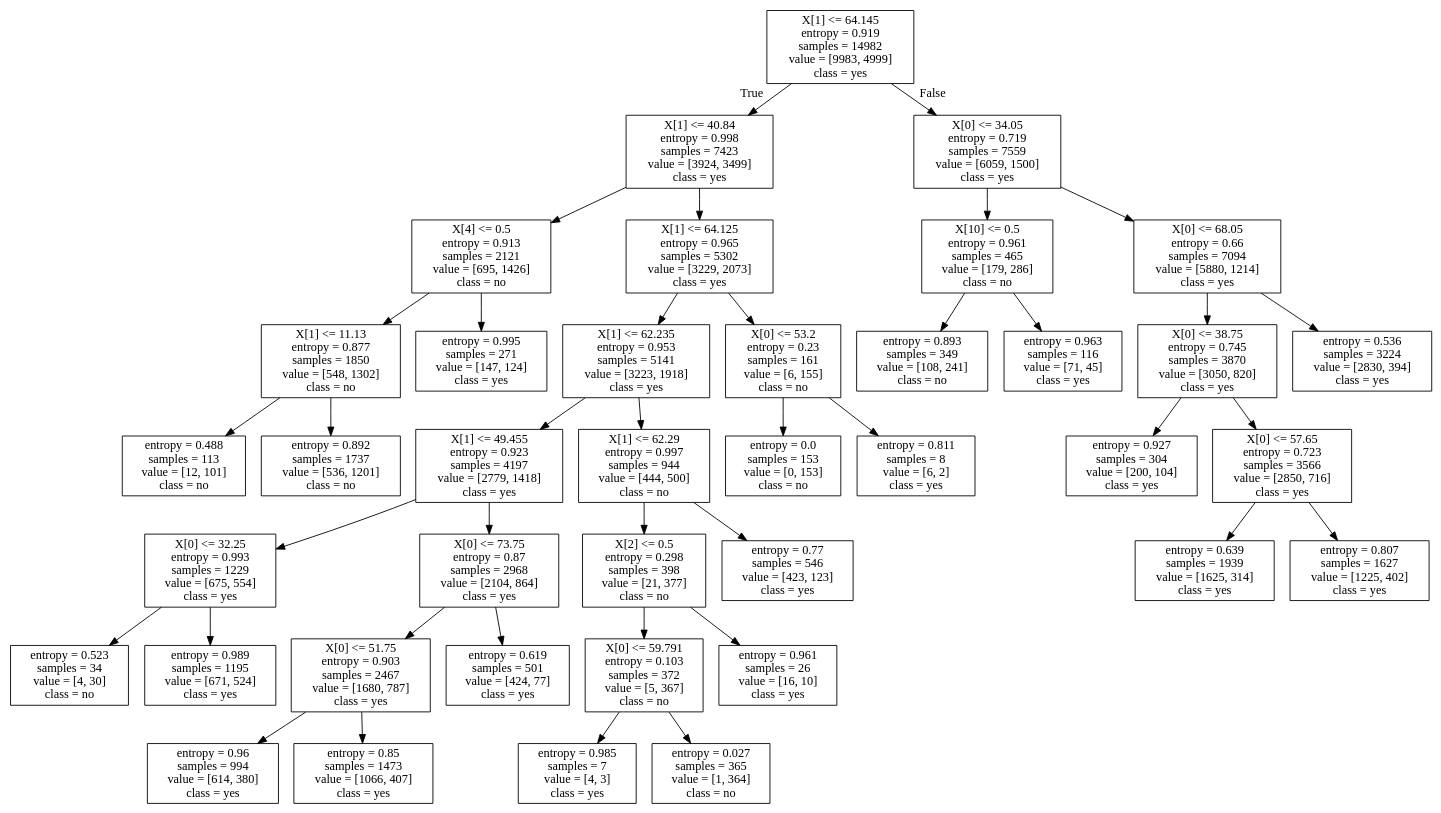
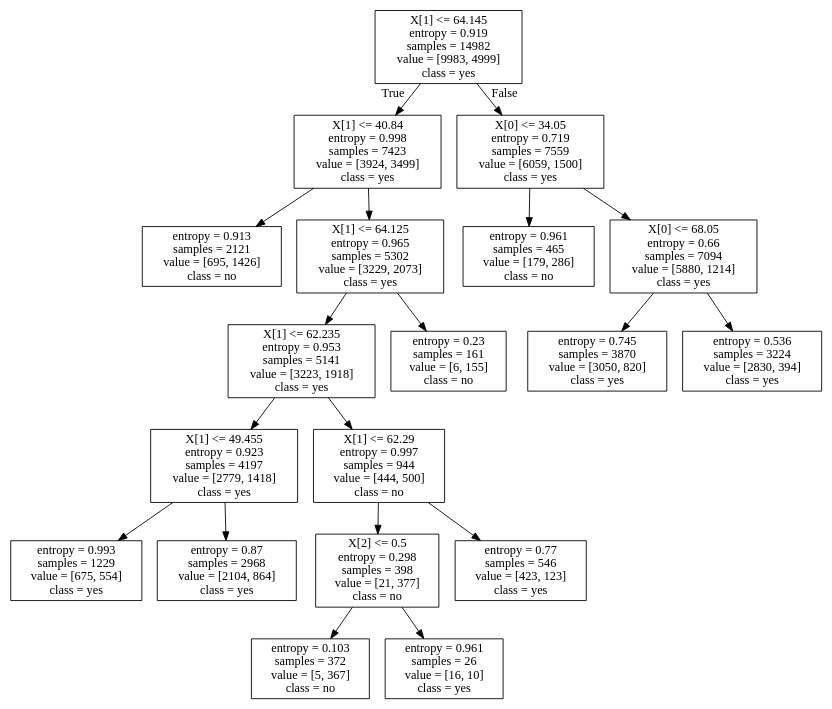
Before and after one commit to giantmagellan/US-Wildfires: the diagram in Data/c50_n10_h.dot, drawn with Graphviz. The commit also changed 3 other files, not shown here.

```diff
--- a/Data/c50_n10_h.dot
+++ b/Data/c50_n10_h.dot
@@ -1,80 +1,40 @@
 digraph Tree {
 node [shape=box] ;
 0 [label="X[1] <= 64.145\nentropy = 0.919\nsamples = 14982\nvalue = [9983, 4999]\nclass = yes"] ;
 1 [label="X[1] <= 40.84\nentropy = 0.998\nsamples = 7423\nvalue = [3924, 3499]\nclass = yes"] ;
 0 -> 1 [labeldistance=2.5, labelangle=45, headlabel="True"] ;
-3 [label="X[4] <= 0.5\nentropy = 0.913\nsamples = 2121\nvalue = [695, 1426]\nclass = no"] ;
+3 [label="entropy = 0.913\nsamples = 2121\nvalue = [695, 1426]\nclass = no"] ;
 1 -> 3 ;
-19 [label="X[1] <= 11.13\nentropy = 0.877\nsamples = 1850\nvalue = [548, 1302]\nclass = no"] ;
-3 -> 19 ;
-37 [label="entropy = 0.488\nsamples = 113\nvalue = [12, 101]\nclass = no"] ;
-19 -> 37 ;
-38 [label="entropy = 0.892\nsamples = 1737\nvalue = [536, 1201]\nclass = no"] ;
-19 -> 38 ;
-20 [label="entropy = 0.995\nsamples = 271\nvalue = [147, 124]\nclass = yes"] ;
-3 -> 20 ;
 4 [label="X[1] <= 64.125\nentropy = 0.965\nsamples = 5302\nvalue = [3229, 2073]\nclass = yes"] ;
 1 -> 4 ;
 7 [label="X[1] <= 62.235\nentropy = 0.953\nsamples = 5141\nvalue = [3223, 1918]\nclass = yes"] ;
 4 -> 7 ;
 9 [label="X[1] <= 49.455\nentropy = 0.923\nsamples = 4197\nvalue = [2779, 1418]\nclass = yes"] ;
 7 -> 9 ;
-15 [label="X[0] <= 32.25\nentropy = 0.993\nsamples = 1229\nvalue = [675, 554]\nclass = yes"] ;
+15 [label="entropy = 0.993\nsamples = 1229\nvalue = [675, 554]\nclass = yes"] ;
 9 -> 15 ;
-35 [label="entropy = 0.523\nsamples = 34\nvalue = [4, 30]\nclass = no"] ;
-15 -> 35 ;
-36 [label="entropy = 0.989\nsamples = 1195\nvalue = [671, 524]\nclass = yes"] ;
-15 -> 36 ;
-16 [label="X[0] <= 73.75\nentropy = 0.87\nsamples = 2968\nvalue = [2104, 864]\nclass = yes"] ;
+16 [label="entropy = 0.87\nsamples = 2968\nvalue = [2104, 864]\nclass = yes"] ;
 9 -> 16 ;
-21 [label="X[0] <= 51.75\nentropy = 0.903\nsamples = 2467\nvalue = [1680, 787]\nclass = yes"] ;
-16 -> 21 ;
-27 [label="entropy = 0.96\nsamples = 994\nvalue = [614, 380]\nclass = yes"] ;
-21 -> 27 ;
-28 [label="entropy = 0.85\nsamples = 1473\nvalue = [1066, 407]\nclass = yes"] ;
-21 -> 28 ;
-22 [label="entropy = 0.619\nsamples = 501\nvalue = [424, 77]\nclass = yes"] ;
-16 -> 22 ;
 10 [label="X[1] <= 62.29\nentropy = 0.997\nsamples = 944\nvalue = [444, 500]\nclass = no"] ;
 7 -> 10 ;
 11 [label="X[2] <= 0.5\nentropy = 0.298\nsamples = 398\nvalue = [21, 377]\nclass = no"] ;
 10 -> 11 ;
-17 [label="X[0] <= 59.791\nentropy = 0.103\nsamples = 372\nvalue = [5, 367]\nclass = no"] ;
+17 [label="entropy = 0.103\nsamples = 372\nvalue = [5, 367]\nclass = no"] ;
 11 -> 17 ;
-33 [label="entropy = 0.985\nsamples = 7\nvalue = [4, 3]\nclass = yes"] ;
-17 -> 33 ;
-34 [label="entropy = 0.027\nsamples = 365\nvalue = [1, 364]\nclass = no"] ;
-17 -> 34 ;
 18 [label="entropy = 0.961\nsamples = 26\nvalue = [16, 10]\nclass = yes"] ;
 11 -> 18 ;
 12 [label="entropy = 0.77\nsamples = 546\nvalue = [423, 123]\nclass = yes"] ;
 10 -> 12 ;
-8 [label="X[0] <= 53.2\nentropy = 0.23\nsamples = 161\nvalue = [6, 155]\nclass = no"] ;
+8 [label="entropy = 0.23\nsamples = 161\nvalue = [6, 155]\nclass = no"] ;
 4 -> 8 ;
-23 [label="entropy = 0.0\nsamples = 153\nvalue = [0, 153]\nclass = no"] ;
-8 -> 23 ;
-24 [label="entropy = 0.811\nsamples = 8\nvalue = [6, 2]\nclass = yes"] ;
-8 -> 24 ;
 2 [label="X[0] <= 34.05\nentropy = 0.719\nsamples = 7559\nvalue = [6059, 1500]\nclass = yes"] ;
 0 -> 2 [labeldistance=2.5, labelangle=-45, headlabel="False"] ;
-5 [label="X[10] <= 0.5\nentropy = 0.961\nsamples = 465\nvalue = [179, 286]\nclass = no"] ;
+5 [label="entropy = 0.961\nsamples = 465\nvalue = [179, 286]\nclass = no"] ;
 2 -> 5 ;
-25 [label="entropy = 0.893\nsamples = 349\nvalue = [108, 241]\nclass = no"] ;
-5 -> 25 ;
-26 [label="entropy = 0.963\nsamples = 116\nvalue = [71, 45]\nclass = yes"] ;
-5 -> 26 ;
 6 [label="X[0] <= 68.05\nentropy = 0.66\nsamples = 7094\nvalue = [5880, 1214]\nclass = yes"] ;
 2 -> 6 ;
-13 [label="X[0] <= 38.75\nentropy = 0.745\nsamples = 3870\nvalue = [3050, 820]\nclass = yes"] ;
+13 [label="entropy = 0.745\nsamples = 3870\nvalue = [3050, 820]\nclass = yes"] ;
 6 -> 13 ;
-29 [label="entropy = 0.927\nsamples = 304\nvalue = [200, 104]\nclass = yes"] ;
-13 -> 29 ;
-30 [label="X[0] <= 57.65\nentropy = 0.723\nsamples = 3566\nvalue = [2850, 716]\nclass = yes"] ;
-13 -> 30 ;
-31 [label="entropy = 0.639\nsamples = 1939\nvalue = [1625, 314]\nclass = yes"] ;
-30 -> 31 ;
-32 [label="entropy = 0.807\nsamples = 1627\nvalue = [1225, 402]\nclass = yes"] ;
-30 -> 32 ;
 14 [label="entropy = 0.536\nsamples = 3224\nvalue = [2830, 394]\nclass = yes"] ;
 6 -> 14 ;
 }
```
